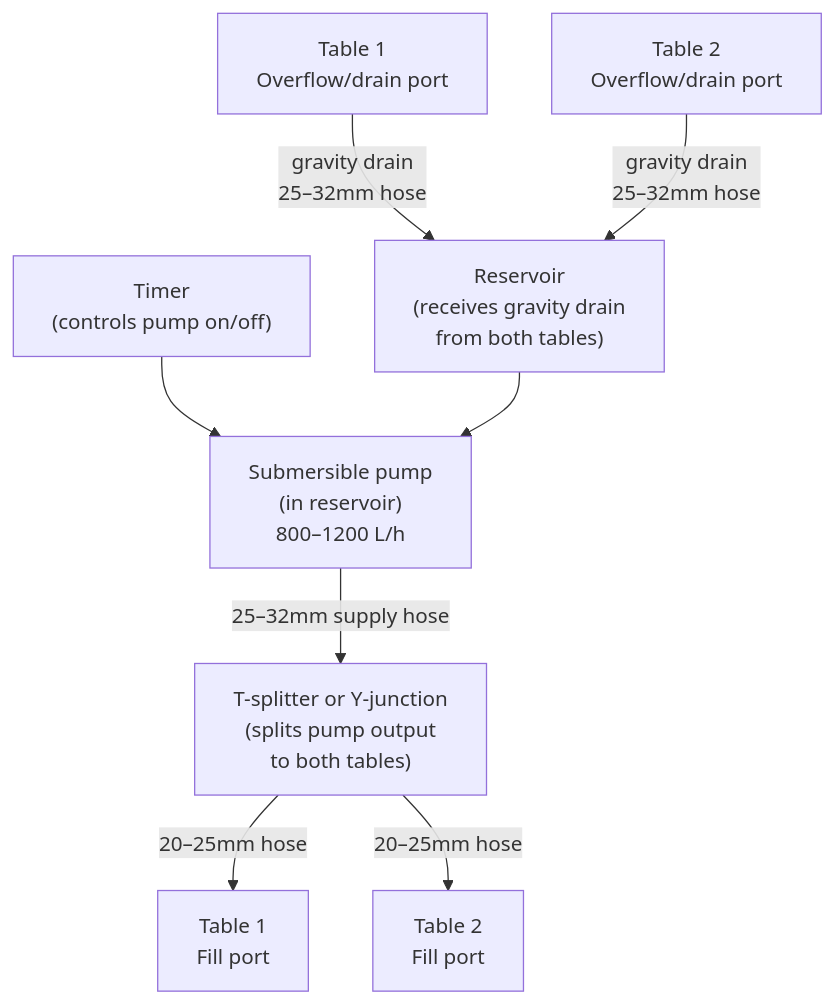
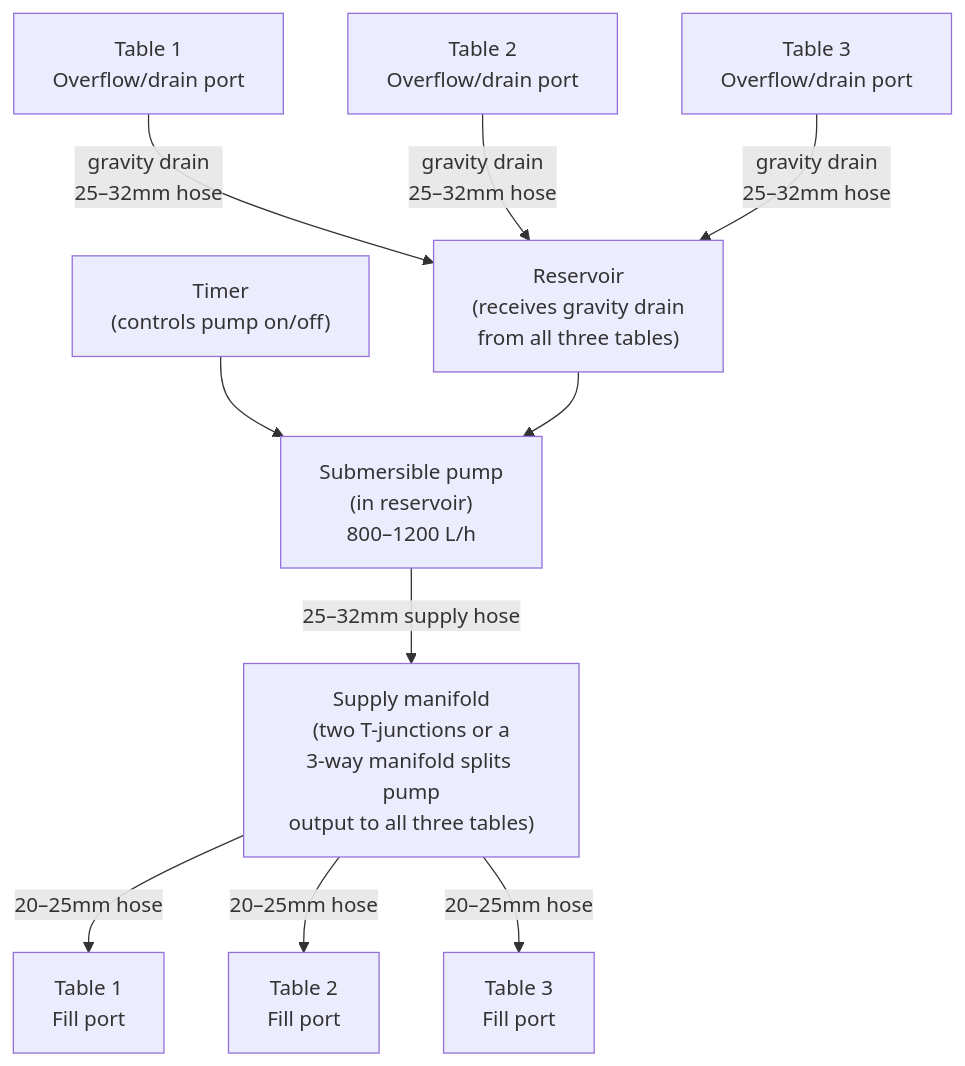
The seventh of 8 diagrams in guide/ebb-and-flow/11-build-guide.md (UncleJS/guide_hydroponics), drawn with Mermaid before and after one commit. The commit also changed other lines of this file and 22 other files, not shown here.

````diff
--- a/guide/ebb-and-flow/11-build-guide.md
+++ b/guide/ebb-and-flow/11-build-guide.md
@@ -551,19 +558,23 @@
 ```mermaid
 flowchart TD
     PUMP["Submersible pump<br/>(in reservoir)<br/>800–1200 L/h"]
     TIMER["Timer<br/>(controls pump on/off)"]
-    SPLITTER["T-splitter or Y-junction<br/>(splits pump output<br/>to both tables)"]
+    SPLITTER["Supply manifold<br/>(two T-junctions or a<br/>3-way manifold splits pump<br/>output to all three tables)"]
     T1FP["Table 1<br/>Fill port"]
     T2FP["Table 2<br/>Fill port"]
+    T3FP["Table 3<br/>Fill port"]
     T1OP["Table 1<br/>Overflow/drain port"]
     T2OP["Table 2<br/>Overflow/drain port"]
-    RES["Reservoir<br/>(receives gravity drain<br/>from both tables)"]
+    T3OP["Table 3<br/>Overflow/drain port"]
+    RES["Reservoir<br/>(receives gravity drain<br/>from all three tables)"]
 
     TIMER --> PUMP
     PUMP -->|"25–32mm supply hose"| SPLITTER
     SPLITTER -->|"20–25mm hose"| T1FP
     SPLITTER -->|"20–25mm hose"| T2FP
+    SPLITTER -->|"20–25mm hose"| T3FP
     T1OP -->|"gravity drain<br/>25–32mm hose"| RES
     T2OP -->|"gravity drain<br/>25–32mm hose"| RES
+    T3OP -->|"gravity drain<br/>25–32mm hose"| RES
     RES --> PUMP
 ```
````
